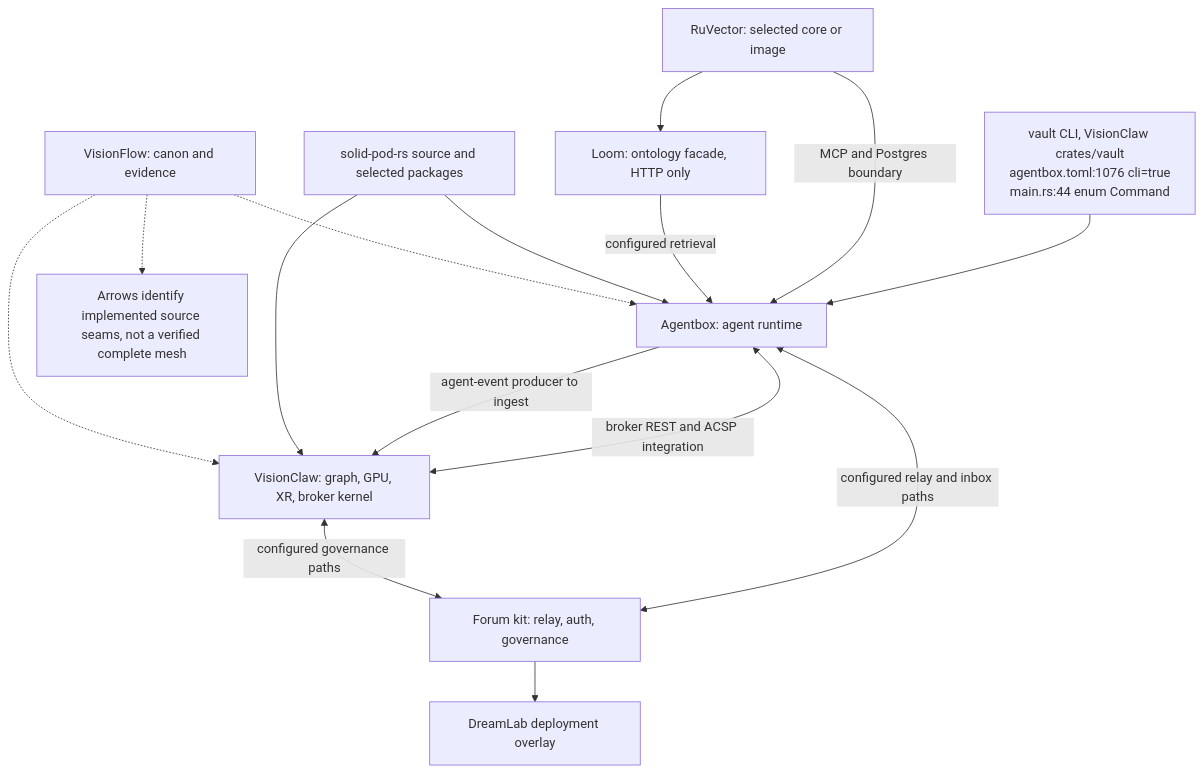
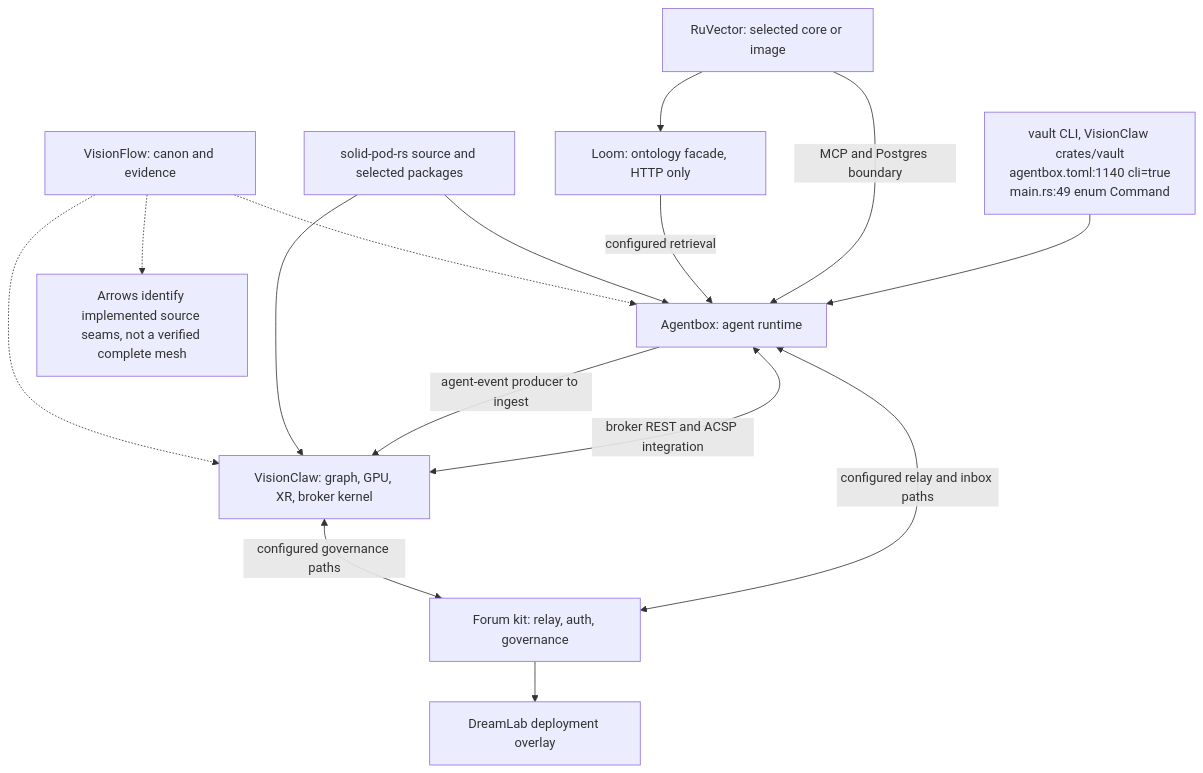
One commit to DreamLab-AI/VisionFlow changed the first of 7 diagrams in docs/diagrams/visionflow/08-compatibility-and-dependency-direction.md. Above: the diagram before and after it, drawn with Mermaid. The commit also changed other lines of this file and 160 other files, not shown here.

````diff
--- a/docs/diagrams/visionflow/08-compatibility-and-dependency-direction.md
+++ b/docs/diagrams/visionflow/08-compatibility-and-dependency-direction.md
@@ -37,18 +38,18 @@
 ```mermaid
 flowchart TB
     VF["VisionFlow: canon and evidence"] -.-> VC["VisionClaw: graph, GPU, XR, broker kernel"]
     VF -.-> AB["Agentbox: agent runtime"]
     SPR["solid-pod-rs source and selected packages"] --> VC
     SPR --> AB
     NRF["Forum kit: relay, auth, governance"] --> DLW["DreamLab deployment overlay"]
     AB -->|agent-event producer to ingest| VC
     AB <-->|broker REST and ACSP integration| VC
     VC <-->|configured governance paths| NRF
     AB <-->|configured relay and inbox paths| NRF
     LOOM["Loom: ontology facade, HTTP only"] -->|configured retrieval| AB
     RV["RuVector: selected core or image"] --> LOOM
     RV -->|MCP and Postgres boundary| AB
-    VAULT["vault CLI, VisionClaw crates/vault<br/>agentbox.toml:1076 cli=true<br/>main.rs:44 enum Command"] --> AB
+    VAULT["vault CLI, VisionClaw crates/vault<br/>agentbox.toml:1140 cli=true<br/>main.rs:49 enum Command"] --> AB
     SCOPE["Arrows identify implemented source seams, not a verified complete mesh"]
     VF -.-> SCOPE
 ```
````
